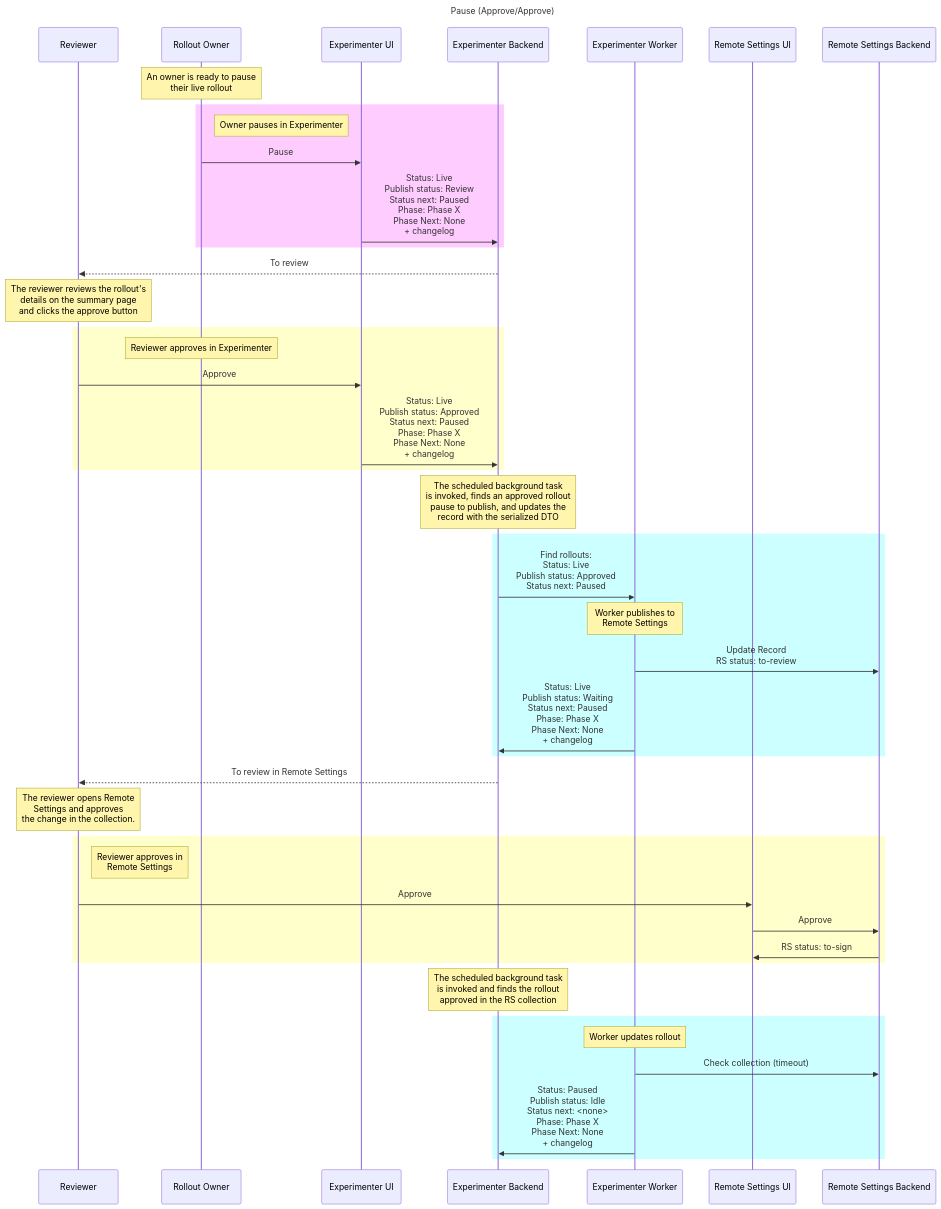
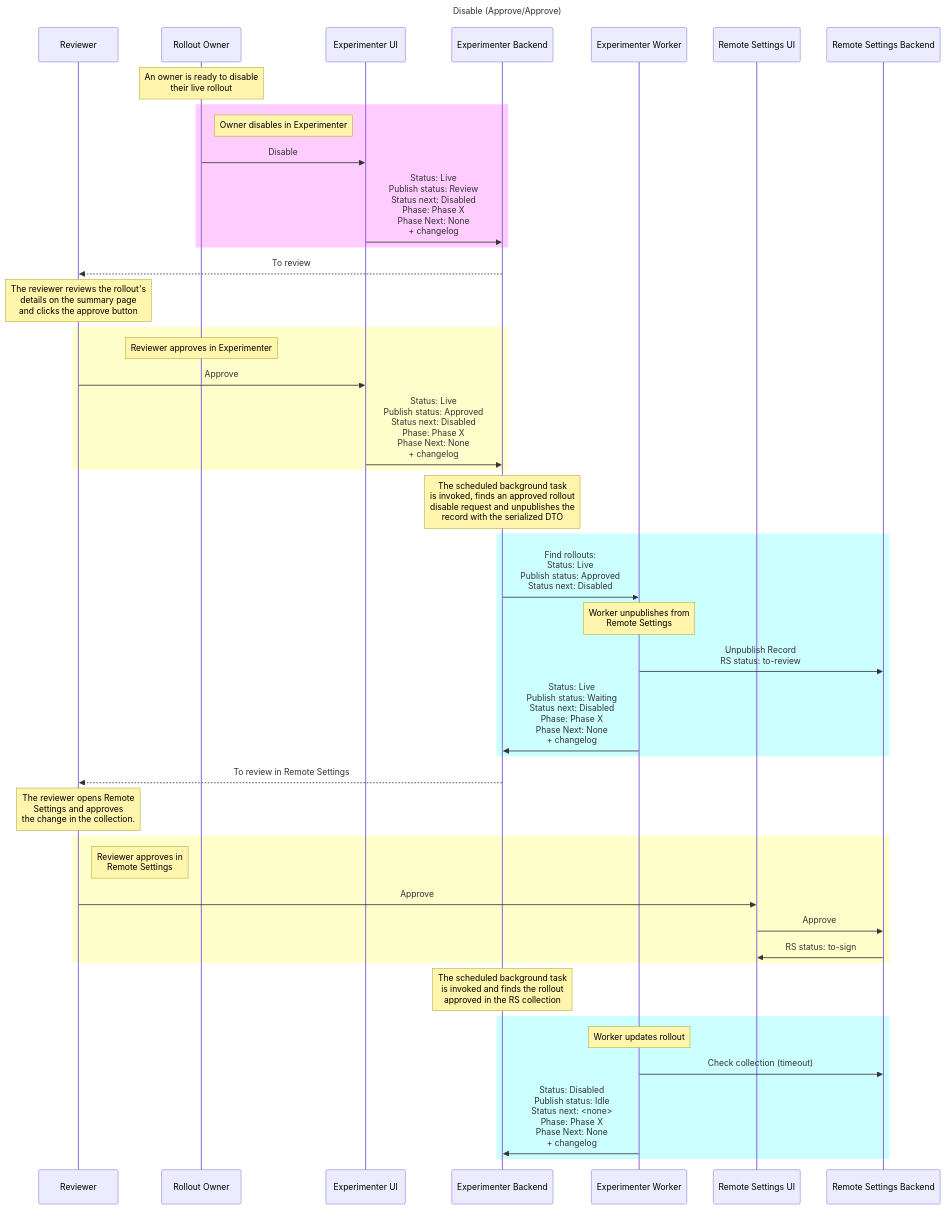
Before and after one commit to mozilla/experimenter: diagram 16 of 27 in docs/experimenter/rollouts.md, drawn with Mermaid. The commit also changed other lines of this file, not shown here.

First line of the commit message:
docs(nimbus): Add rollout mermaid diagrams

````diff
--- a/docs/experimenter/rollouts.md
+++ b/docs/experimenter/rollouts.md
@@ -693,56 +693,56 @@
 ```mermaid
   sequenceDiagram
     participant Reviewer
     participant Rollout Owner
     participant Experimenter UI
     participant Experimenter Backend
     participant Experimenter Worker
     participant Remote Settings UI
     participant Remote Settings Backend
-    title Pause (Approve/Approve)
+    title Disable (Approve/Approve)
     
-    Note over Rollout Owner: An owner is ready to pause <br/> their live rollout
+    Note over Rollout Owner: An owner is ready to disable <br/> their live rollout
     
     rect rgb(255,204,255) 
-        Note right of Rollout Owner: Owner pauses in Experimenter
-        Rollout Owner->>Experimenter UI: Pause
-        Experimenter UI->>Experimenter Backend: Status: Live <br/> Publish status: Review <br/> Status next: Paused <br/> Phase: Phase X <br/> Phase Next: None <br/> + changelog
+        Note right of Rollout Owner: Owner disables in Experimenter
+        Rollout Owner->>Experimenter UI: Disable
+        Experimenter UI->>Experimenter Backend: Status: Live <br/> Publish status: Review <br/> Status next: Disabled <br/> Phase: Phase X <br/> Phase Next: None <br/> + changelog
     end 
     
     Experimenter Backend-->>Reviewer: To review
     Note over Reviewer: The reviewer reviews the rollout's <br/> details on the summary page <br/> and clicks the approve button
     
     rect rgb(255,255,204) 
         Note over Rollout Owner: Reviewer approves in Experimenter
         Reviewer->>Experimenter UI: Approve
-        Experimenter UI->>Experimenter Backend: Status: Live <br/> Publish status: Approved <br/> Status next: Paused <br/> Phase: Phase X <br/> Phase Next: None <br/> + changelog
+        Experimenter UI->>Experimenter Backend: Status: Live <br/> Publish status: Approved <br/> Status next: Disabled <br/> Phase: Phase X <br/> Phase Next: None <br/> + changelog
     end 
  
-    Note over Experimenter Backend: The scheduled background task <br/> is invoked, finds an approved rollout <br/> pause to publish, and updates the <br/> record with the serialized DTO
+    Note over Experimenter Backend: The scheduled background task <br/> is invoked, finds an approved rollout <br/> disable request and unpublishes the <br/> record with the serialized DTO
     
     rect rgb(204,255,255) 
-        Experimenter Backend->>Experimenter Worker: Find rollouts: <br/> Status: Live <br/> Publish status: Approved <br/> Status next: Paused
-        Note over Experimenter Worker: Worker publishes to <br/>Remote Settings
-        Experimenter Worker->>Remote Settings Backend: Update Record <br/> RS status: to-review
-        Experimenter Worker->>Experimenter Backend: Status: Live <br/> Publish status: Waiting <br/> Status next: Paused <br/> Phase: Phase X <br/> Phase Next: None <br/> + changelog
+        Experimenter Backend->>Experimenter Worker: Find rollouts: <br/> Status: Live <br/> Publish status: Approved <br/> Status next: Disabled
+        Note over Experimenter Worker: Worker unpublishes from <br/>Remote Settings
+        Experimenter Worker->>Remote Settings Backend: Unpublish Record <br/> RS status: to-review
+        Experimenter Worker->>Experimenter Backend: Status: Live <br/> Publish status: Waiting <br/> Status next: Disabled <br/> Phase: Phase X <br/> Phase Next: None <br/> + changelog
     end 
 
     Experimenter Backend-->>Reviewer: To review in Remote Settings
     
     Note over Reviewer: The reviewer opens Remote <br/> Settings and approves <br/> the change in the collection.
 
     rect rgb(255,255,204) 
         Note right of Reviewer: Reviewer approves in <br/>Remote Settings
         Reviewer->>Remote Settings UI: Approve
         Remote Settings UI->>Remote Settings Backend: Approve
         Remote Settings Backend->>Remote Settings UI: RS status: to-sign
     end 
 
     Note over Experimenter Backend: The scheduled background task <br/> is invoked and finds the rollout <br/> approved in the RS collection
 
     rect rgb(204,255,255) 
         Note over Experimenter Worker: Worker updates rollout
         Experimenter Worker->>Remote Settings Backend: Check collection (timeout)
-        Experimenter Worker->>Experimenter Backend:  Status: Paused <br/> Publish status: Idle <br/> Status next: <none> <br/> Phase: Phase X <br/> Phase Next: None <br/> + changelog
+        Experimenter Worker->>Experimenter Backend:  Status: Disabled <br/> Publish status: Idle <br/> Status next: <none> <br/> Phase: Phase X <br/> Phase Next: None <br/> + changelog
     end 
 ```
````
